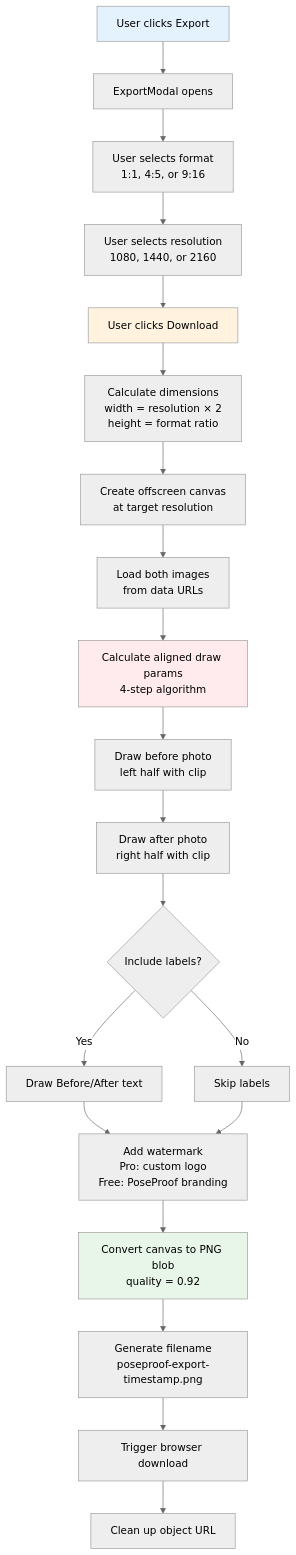
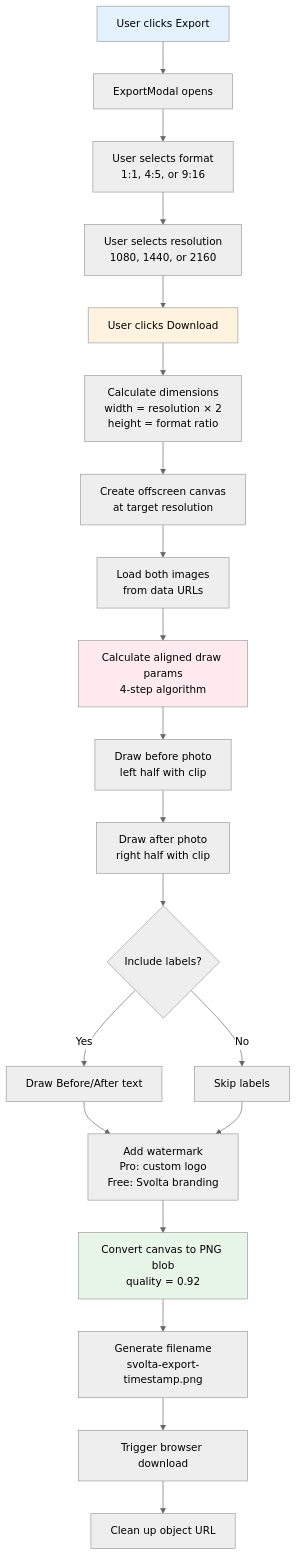
One commit to rickydwilson-dcs/poseproof changed the sixth of 6 diagrams in docs/features/alignment-export.md. Above: the diagram before and after it, drawn with Mermaid (neutral theme). The commit also changed other lines of this file and 203 other files, not shown here.

````diff
--- a/docs/features/alignment-export.md
+++ b/docs/features/alignment-export.md
@@ -595,31 +595,31 @@
 ```mermaid
 flowchart TD
     A[User clicks Export] --> B[ExportModal opens]
     B --> C[User selects format<br/>1:1, 4:5, or 9:16]
     C --> D[User selects resolution<br/>1080, 1440, or 2160]
     D --> E[User clicks Download]
 
     E --> F[Calculate dimensions<br/>width = resolution × 2<br/>height = format ratio]
     F --> G[Create offscreen canvas<br/>at target resolution]
     G --> H[Load both images<br/>from data URLs]
 
     H --> I[Calculate aligned draw params<br/>4-step algorithm]
     I --> J[Draw before photo<br/>left half with clip]
     J --> K[Draw after photo<br/>right half with clip]
 
     K --> L{Include labels?}
     L -->|Yes| M[Draw Before/After text]
     L -->|No| N[Skip labels]
-    M --> O[Add watermark<br/>Pro: custom logo<br/>Free: PoseProof branding]
+    M --> O[Add watermark<br/>Pro: custom logo<br/>Free: Svolta branding]
     N --> O
 
     O --> P[Convert canvas to PNG blob<br/>quality = 0.92]
-    P --> Q[Generate filename<br/>poseproof-export-timestamp.png]
+    P --> Q[Generate filename<br/>svolta-export-timestamp.png]
     Q --> R[Trigger browser download]
     R --> S[Clean up object URL]
 
     style A fill:#e3f2fd
     style E fill:#fff3e0
     style I fill:#ffebee
     style P fill:#e8f5e9
 ```
````
